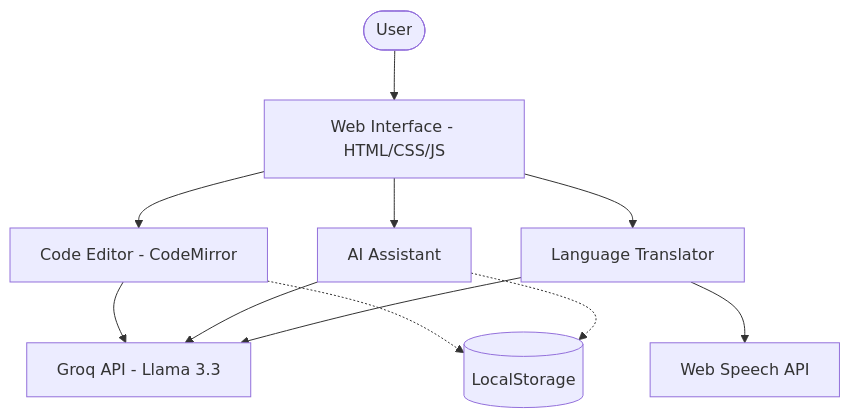
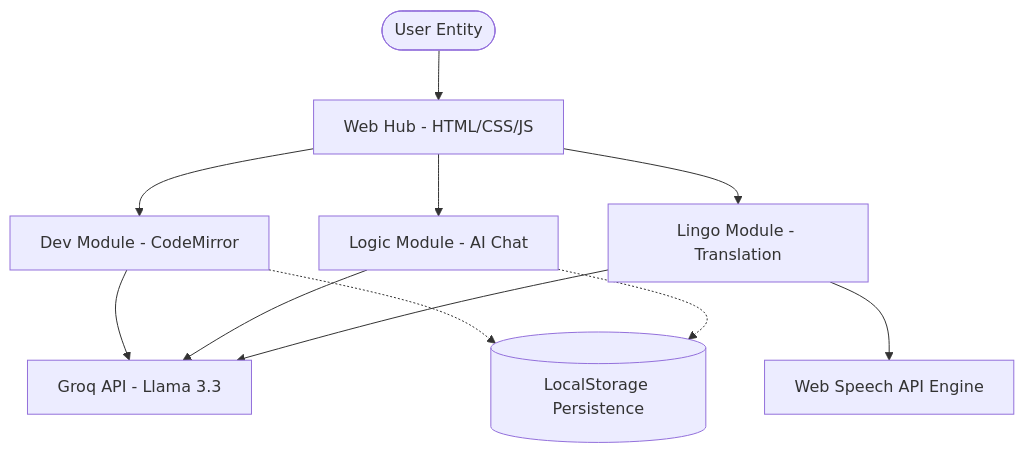
Before and after one commit to premrajsingh/StudifyHub: the diagram in README.md, drawn with Mermaid. The commit also changed other lines of this file and 1 other file, not shown here.

````diff
--- a/README.md
+++ b/README.md
@@ -51,16 +59,16 @@
 ```mermaid
 graph TD
-    User([User]) --> UI[Web Interface - HTML/CSS/JS]
-    UI --> Editor[Code Editor - CodeMirror]
-    UI --> Assistant[AI Assistant]
-    UI --> Translator[Language Translator]
+    User([User Entity]) --> UI[Web Hub - HTML/CSS/JS]
+    UI --> Editor[Dev Module - CodeMirror]
+    UI --> Assistant[Logic Module - AI Chat]
+    UI --> Translator[Lingo Module - Translation]
     
     Editor --> GroqAPI[Groq API - Llama 3.3]
     Assistant --> GroqAPI
     Translator --> GroqAPI
     
-    Editor -.-> LS[(LocalStorage)]
+    Editor -.-> LS[(LocalStorage Persistence)]
     Assistant -.-> LS
     
-    Translator --> Speech[Web Speech API]
+    Translator --> Speech[Web Speech API Engine]
 ```
````
